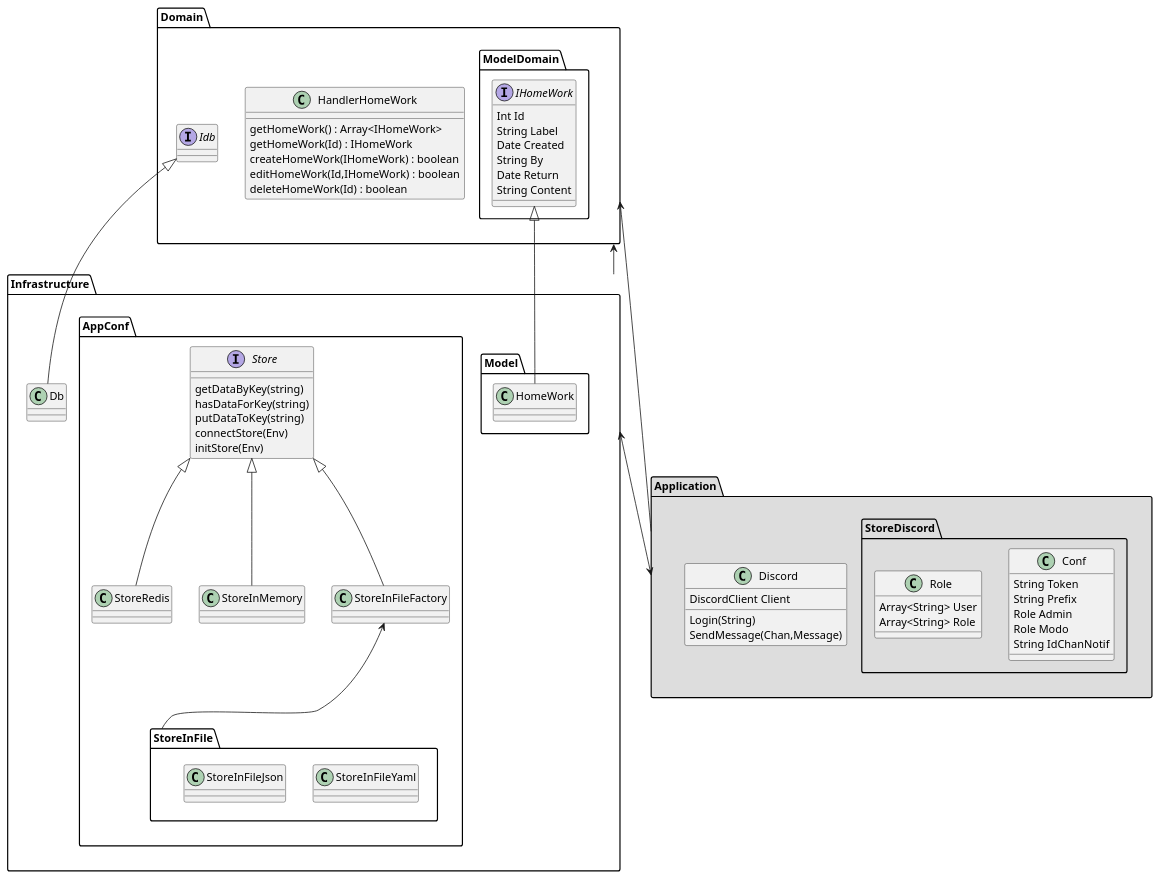
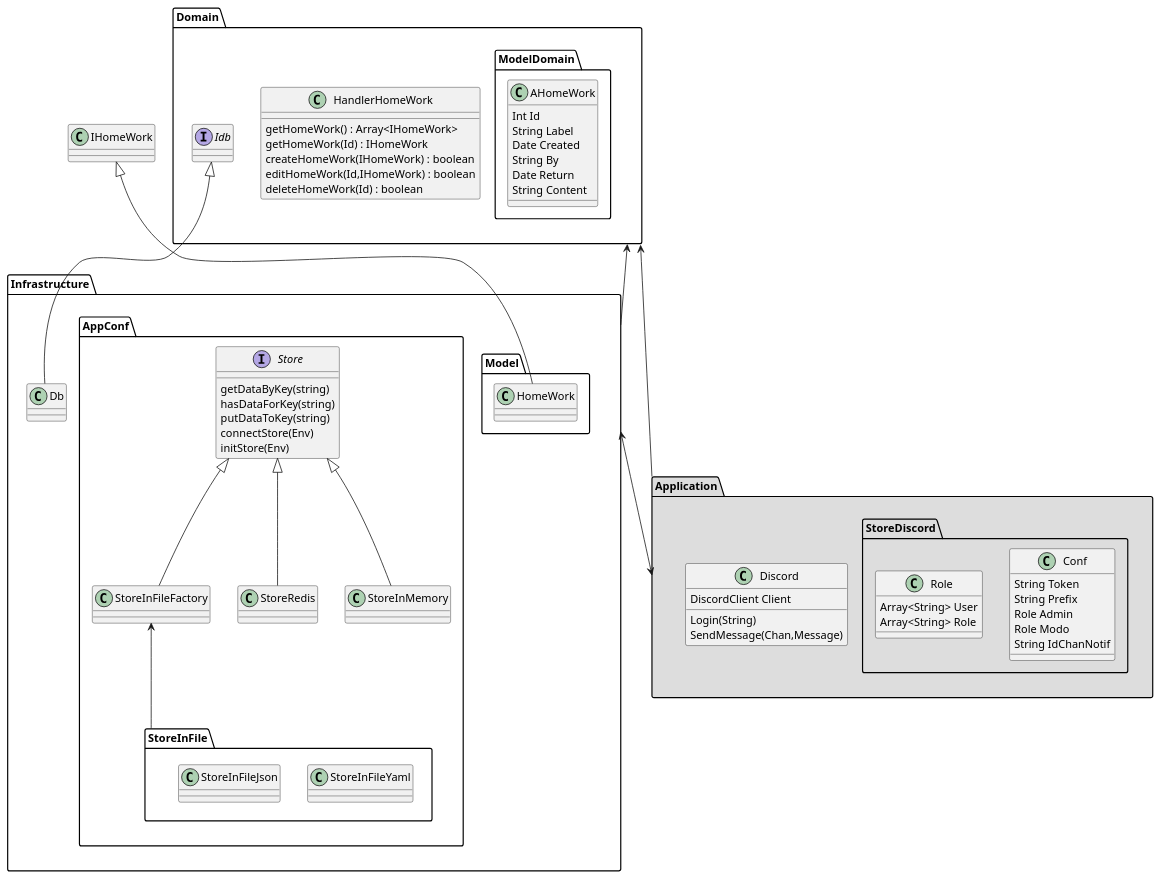
The diagram in protoDDD.puml (batleforc/BotKodan), drawn with PlantUML before and after one commit.

Commit message:
[fix] no interface but model

```diff
--- a/protoDDD.puml
+++ b/protoDDD.puml
@@ -1,79 +1,79 @@
 @startuml ProtoDDD
 
 package "Application" as app #DDDDDD {
   class Discord{
     DiscordClient Client
     Login(String)
     SendMessage(Chan,Message)
   }
   package StoreDiscord{
     class Conf{
       String Token
       String Prefix
       Role Admin
       Role Modo
       String IdChanNotif
     }
     class Role{
       Array<String> User
       Array<String> Role
     }
   }
 }
 
 package "Domain" as domain {
   package ModelDomain{
-    interface IHomeWork{
+    class AHomeWork{
       Int Id
       String Label
       Date Created
       String By
       Date Return
       String Content
     }
   }
   class HandlerHomeWork{
     getHomeWork() : Array<IHomeWork>
     getHomeWork(Id) : IHomeWork
     createHomeWork(IHomeWork) : boolean
     editHomeWork(Id,IHomeWork) : boolean
     deleteHomeWork(Id) : boolean
   }
   interface Idb
 }
 
 package "Infrastructure" as infra{
   class Db
   package "Model"{
     class HomeWork
   }
   package "AppConf"{
     interface Store{
       getDataByKey(string)
       hasDataForKey(string)
       putDataToKey(string)
       connectStore(Env)
       initStore(Env)
     }
     class StoreRedis
     class StoreInMemory
     Class StoreInFileFactory
     package StoreInFile{
       class StoreInFileYaml
       class StoreInFileJson
     }
   }
 }
 
 IHomeWork <|-- HomeWork
 Idb <|-- Db
 Store <|-- StoreRedis
 Store <|-- StoreInMemory
 Store <|-- StoreInFileFactory
 StoreInFileFactory <-- StoreInFile
 
 domain <-- infra
 domain <-- app
 infra <--> app
 
 @enduml
```
